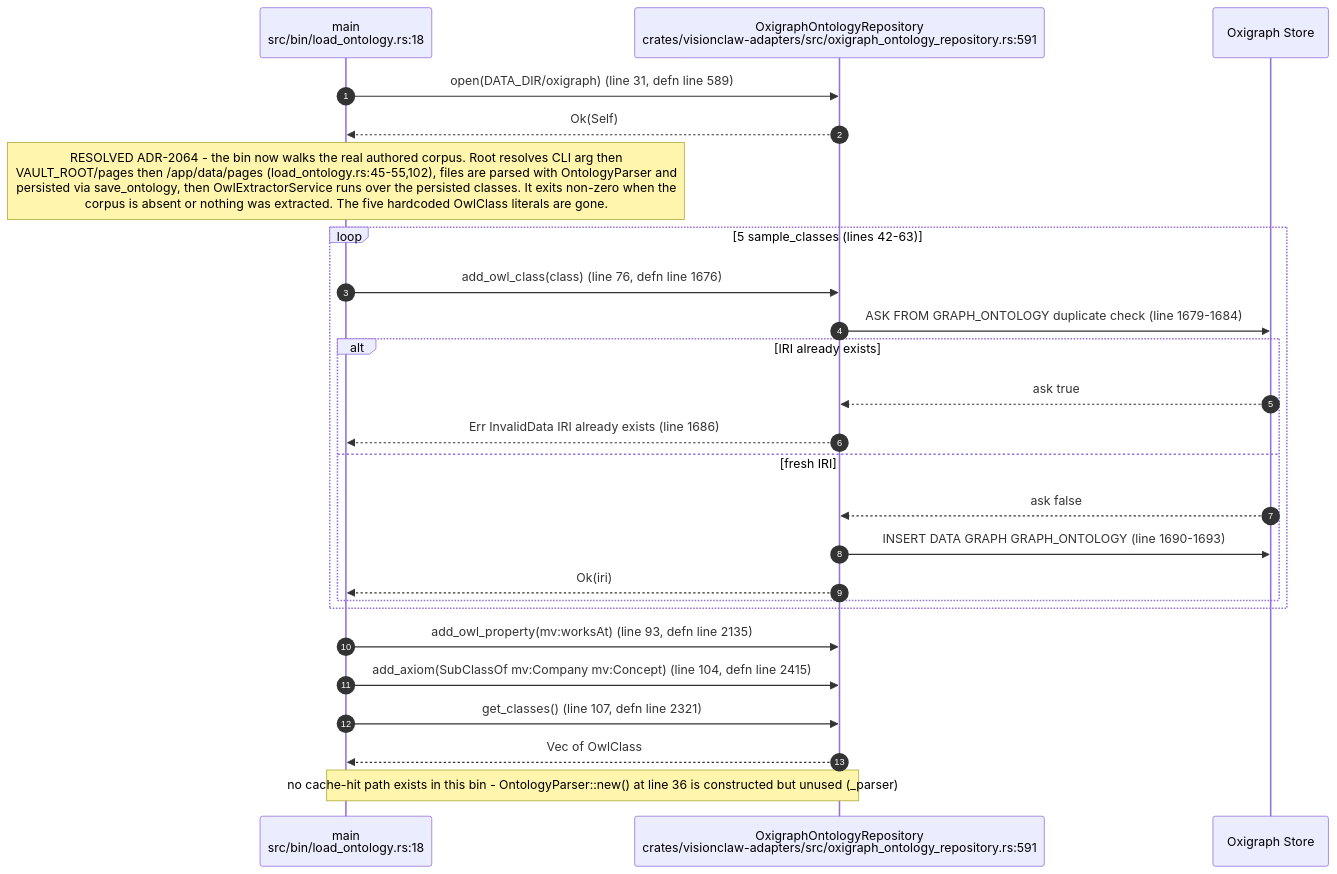
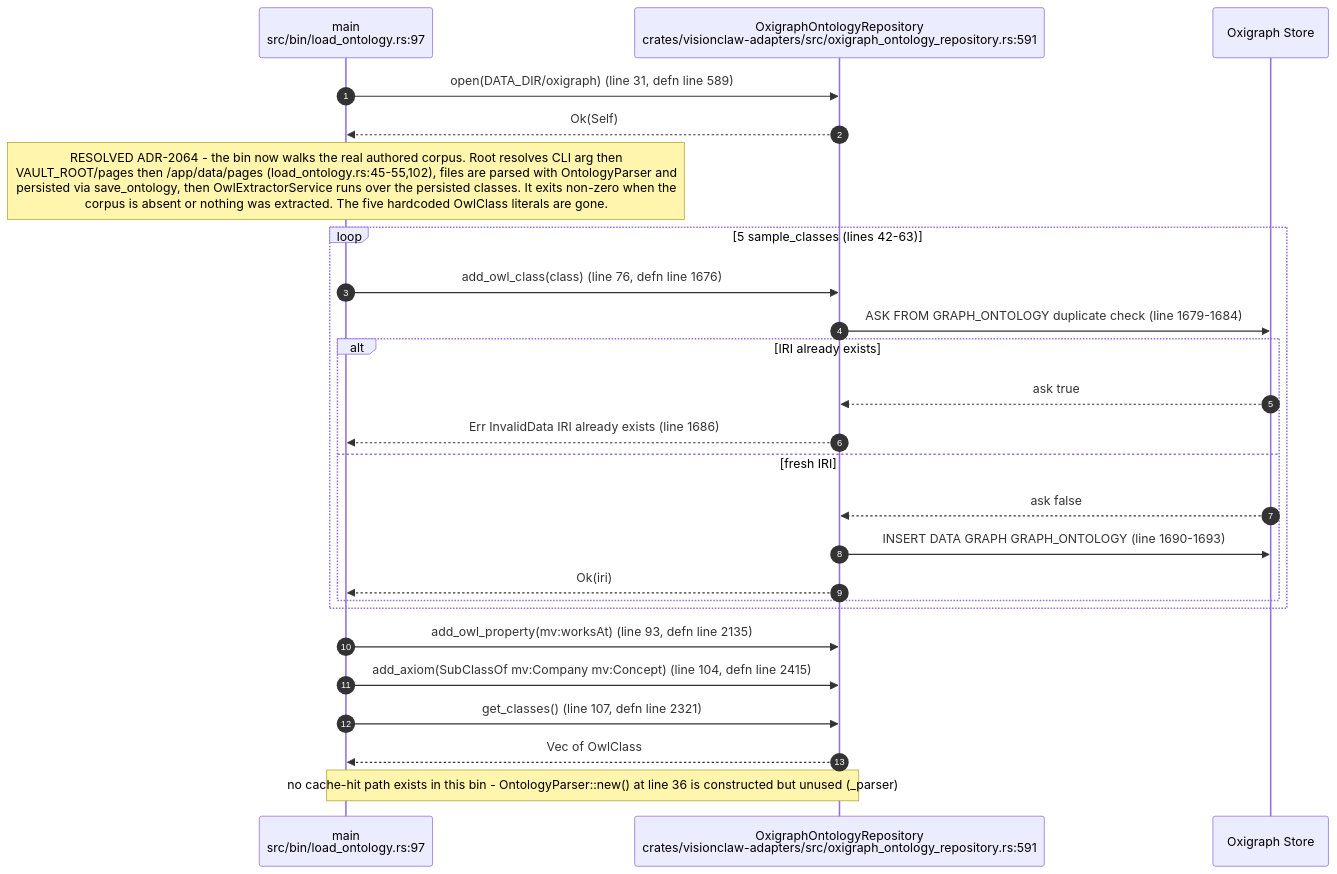
The first of 12 diagrams in docs/diagrams/visionclaw/20-ontology-pipeline-oxigraph-whelk.md (DreamLab-AI/AR-AI-Knowledge-Graph), drawn with Mermaid before and after one commit. The commit also changed 36 other files, not shown here.

````diff
--- a/docs/diagrams/visionclaw/20-ontology-pipeline-oxigraph-whelk.md
+++ b/docs/diagrams/visionclaw/20-ontology-pipeline-oxigraph-whelk.md
@@ -44,28 +44,28 @@
 ```mermaid
 sequenceDiagram
     autonumber
-    participant Bin as main<br/>src/bin/load_ontology.rs:18
+    participant Bin as main<br/>src/bin/load_ontology.rs:97
     participant Repo as OxigraphOntologyRepository<br/>crates/visionclaw-adapters/src/oxigraph_ontology_repository.rs:591
     participant Store as Oxigraph Store
 
     Bin->>Repo: open(DATA_DIR/oxigraph) (line 31, defn line 589)
     Repo-->>Bin: Ok(Self)
     Note over Bin: RESOLVED ADR-2064 - the bin now walks the real authored corpus. Root resolves CLI arg then<br/>VAULT_ROOT/pages then /app/data/pages (load_ontology.rs:45-55,102), files are parsed with OntologyParser and<br/>persisted via save_ontology, then OwlExtractorService runs over the persisted classes. It exits non-zero when the<br/>corpus is absent or nothing was extracted. The five hardcoded OwlClass literals are gone.
     loop 5 sample_classes (lines 42-63)
         Bin->>Repo: add_owl_class(class) (line 76, defn line 1676)
         Repo->>Store: ASK FROM GRAPH_ONTOLOGY duplicate check (line 1679-1684)
         alt IRI already exists
             Store-->>Repo: ask true
             Repo-->>Bin: Err InvalidData IRI already exists (line 1686)
         else fresh IRI
             Store-->>Repo: ask false
             Repo->>Store: INSERT DATA GRAPH GRAPH_ONTOLOGY (line 1690-1693)
             Repo-->>Bin: Ok(iri)
         end
     end
     Bin->>Repo: add_owl_property(mv:worksAt) (line 93, defn line 2135)
     Bin->>Repo: add_axiom(SubClassOf mv:Company mv:Concept) (line 104, defn line 2415)
     Bin->>Repo: get_classes() (line 107, defn line 2321)
     Repo-->>Bin: Vec of OwlClass
     Note over Bin,Repo: no cache-hit path exists in this bin - OntologyParser::new() at line 36 is constructed but unused (_parser)
 ```
````
